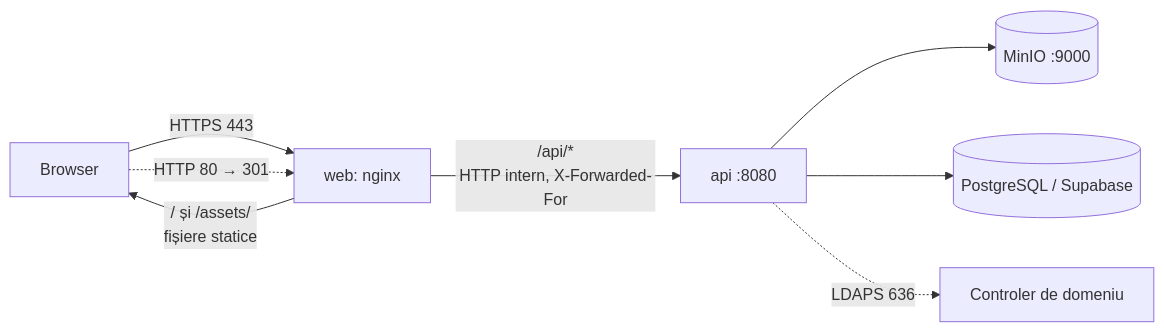
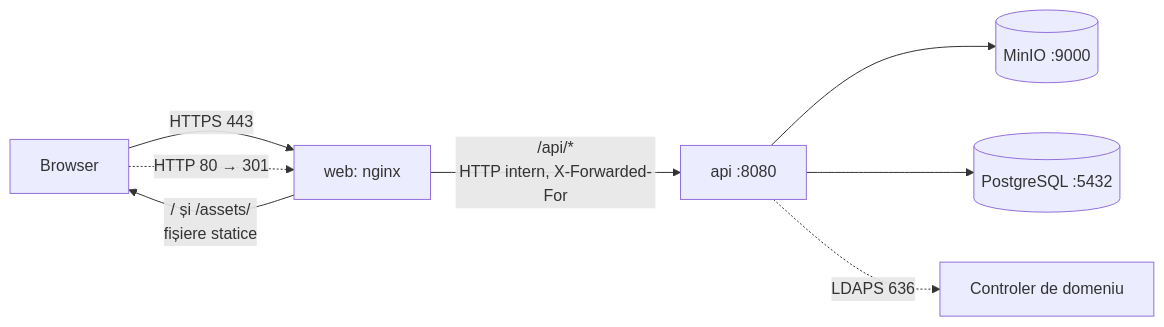
Before and after one commit to Danielus-hehe/mai-secure-platform: the diagram in docs/DEPLOYMENT.md, drawn with Mermaid. The commit also changed other lines of this file and 5 other files, not shown here.

````diff
--- a/docs/DEPLOYMENT.md
+++ b/docs/DEPLOYMENT.md
@@ -160,10 +170,10 @@
 ```mermaid
 flowchart LR
     B[Browser] -- "HTTPS 443" --> N[web: nginx]
     B -. "HTTP 80 → 301" .-> N
     N -- "/ și /assets/<br/>fișiere statice" --> B
     N -- "/api/*<br/>HTTP intern, X-Forwarded-For" --> A[api :8080]
     A --> M[(MinIO :9000)]
-    A --> P[(PostgreSQL / Supabase)]
+    A --> P[(PostgreSQL :5432)]
     A -. "LDAPS 636" .-> D[Controler de domeniu]
 ```
````
